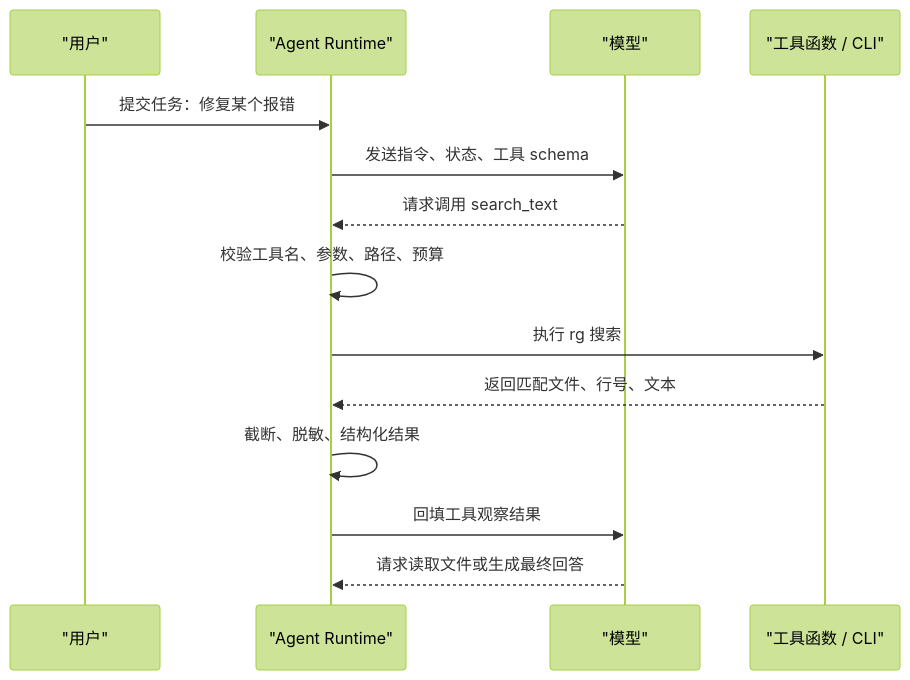
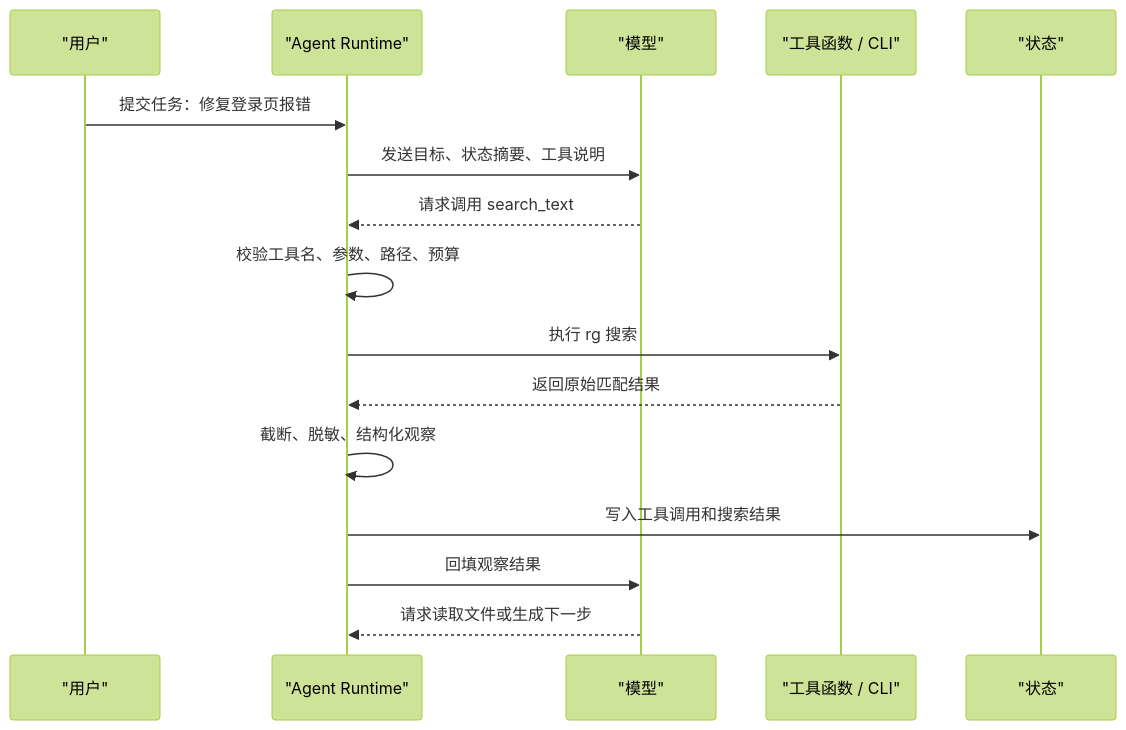
Before and after one commit to Doge2077/liyyro: the diagram in docs/AI/Agent/Agent基础/Agent工具.md, drawn with Mermaid (forest theme). The commit also changed other lines of this file and 3 other files, not shown here.

````diff
--- a/docs/AI/Agent/Agent基础/Agent工具.md
+++ b/docs/AI/Agent/Agent基础/Agent工具.md
@@ -17,16 +28,19 @@
 ```mermaid
 sequenceDiagram
   participant User as "用户"
   participant Runtime as "Agent Runtime"
   participant Model as "模型"
   participant Tool as "工具函数 / CLI"
-  User->>Runtime: 提交任务：修复某个报错
-  Runtime->>Model: 发送指令、状态、工具 schema
+  participant State as "状态"
+
+  User->>Runtime: 提交任务：修复登录页报错
+  Runtime->>Model: 发送目标、状态摘要、工具说明
   Model-->>Runtime: 请求调用 search_text
   Runtime->>Runtime: 校验工具名、参数、路径、预算
   Runtime->>Tool: 执行 rg 搜索
-  Tool-->>Runtime: 返回匹配文件、行号、文本
-  Runtime->>Runtime: 截断、脱敏、结构化结果
-  Runtime->>Model: 回填工具观察结果
-  Model-->>Runtime: 请求读取文件或生成最终回答
+  Tool-->>Runtime: 返回原始匹配结果
+  Runtime->>Runtime: 截断、脱敏、结构化观察
+  Runtime->>State: 写入工具调用和搜索结果
+  Runtime->>Model: 回填观察结果
+  Model-->>Runtime: 请求读取文件或生成下一步
 ```
````
